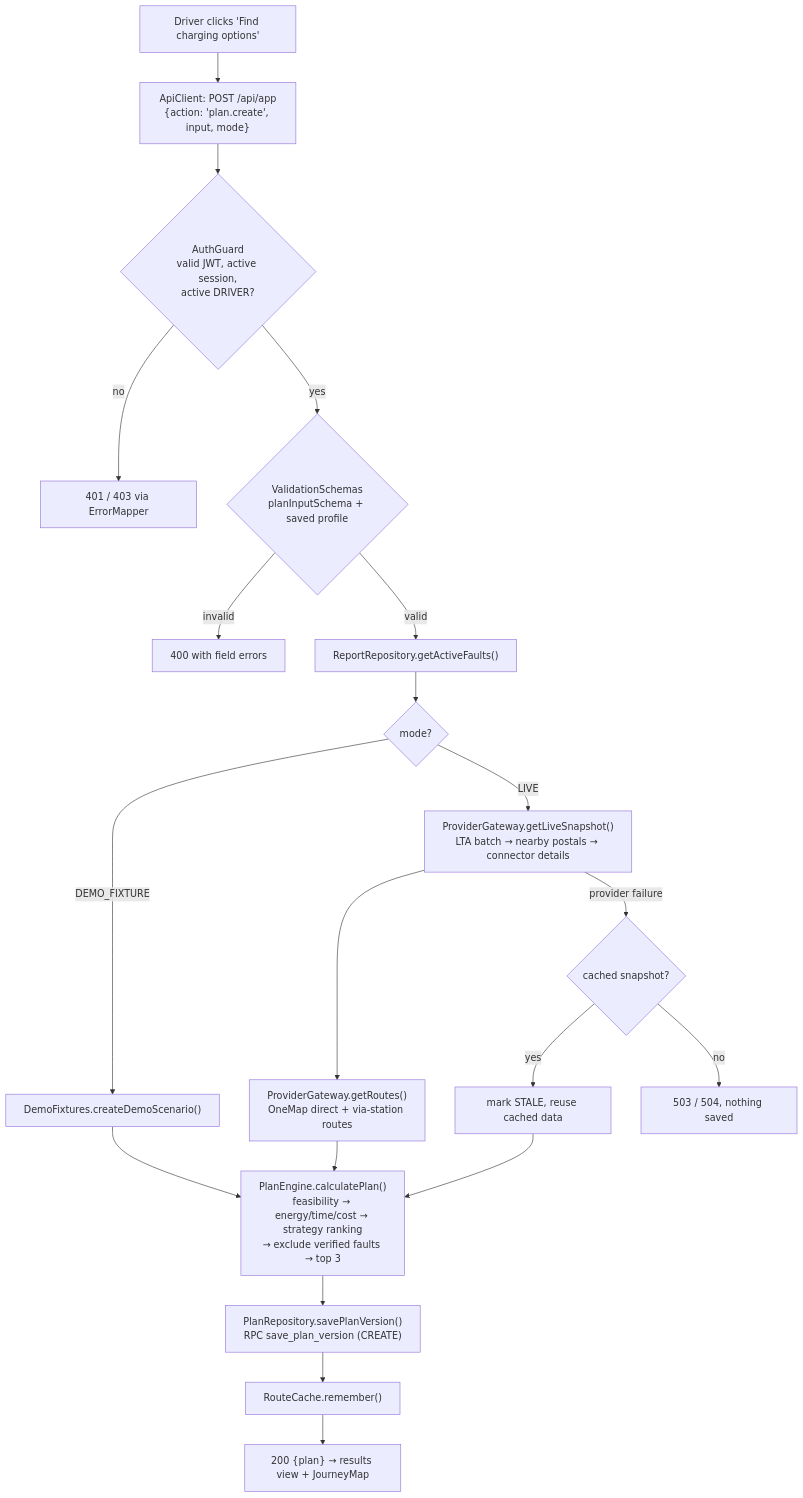
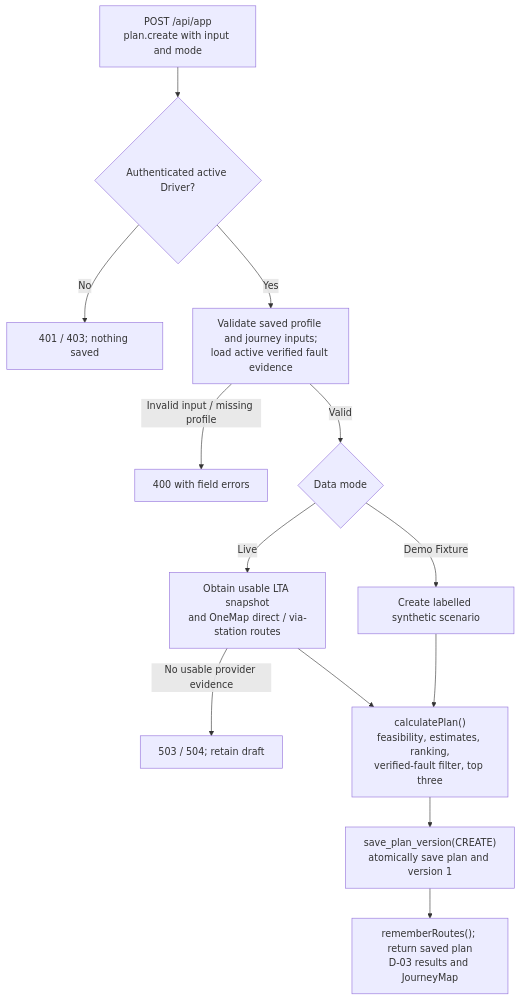
One commit to SunnyRaymond/SC2006-SCE3-04 changed the third of 3 diagrams in Lab 3/systemArchitecture.md. Above: the diagram before and after it, drawn with Mermaid. The commit also changed other lines of this file and 69 other files, not shown here.

````diff
--- a/Lab 3/systemArchitecture.md
+++ b/Lab 3/systemArchitecture.md
@@ -135,23 +103,15 @@
 ```mermaid
-flowchart TD
-    A["Driver clicks 'Find charging options'"] --> B["ApiClient: POST /api/app<br/>{action: 'plan.create', input, mode}"]
-    B --> C{"AuthGuard<br/>valid JWT, active session,<br/>active DRIVER?"}
-    C -- no --> X1["401 / 403 via ErrorMapper"]
-    C -- yes --> D{"ValidationSchemas<br/>planInputSchema + saved profile"}
-    D -- invalid --> X2["400 with field errors"]
-    D -- valid --> E["ReportRepository.getActiveFaults()"]
-    E --> F{"mode?"}
-    F -- DEMO_FIXTURE --> G["DemoFixtures.createDemoScenario()"]
-    F -- LIVE --> H["ProviderGateway.getLiveSnapshot()<br/>LTA batch → nearby postals → connector details"]
-    H --> I["ProviderGateway.getRoutes()<br/>OneMap direct + via-station routes"]
-    H -- "provider failure" --> H2{"cached snapshot?"}
-    H2 -- yes --> I2["mark STALE, reuse cached data"]
-    H2 -- no --> X3["503 / 504, nothing saved"]
-    G --> J
-    I --> J
-    I2 --> J
-    J["PlanEngine.calculatePlan()<br/>feasibility → energy/time/cost → strategy ranking<br/>→ exclude verified faults → top 3"]
-    J --> K["PlanRepository.savePlanVersion()<br/>RPC save_plan_version (CREATE)"]
-    K --> L["RouteCache.remember()"]
-    L --> M["200 {plan} → results view + JourneyMap"]
+flowchart TB
+    A["POST /api/app<br/>plan.create with input and mode"] --> B{"Authenticated active Driver?"}
+    B -->|"No"| AUTHERR["401 / 403; nothing saved"]
+    B -->|"Yes"| C["Validate saved profile and journey inputs;<br/>load active verified fault evidence"]
+    C -->|"Invalid input / missing profile"| VALIDERR["400 with field errors"]
+    C -->|"Valid"| MODE{"Data mode"}
+    MODE -->|"Demo Fixture"| DEMO["Create labelled synthetic scenario"]
+    MODE -->|"Live"| LIVE["Obtain usable LTA snapshot<br/>and OneMap direct / via-station routes"]
+    LIVE -->|"No usable provider evidence"| PROVIDERERR["503 / 504; retain draft"]
+    DEMO --> CALC["calculatePlan()<br/>feasibility, estimates, ranking,<br/>verified-fault filter, top three"]
+    LIVE --> CALC
+    CALC --> SAVE["save_plan_version(CREATE)<br/>atomically save plan and version 1"]
+    SAVE --> RETURN["rememberRoutes(); return saved plan<br/>D-03 results and JourneyMap"]
 ```
````
